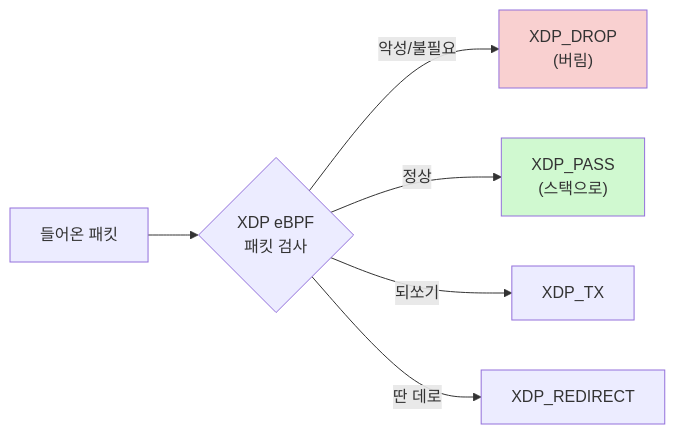
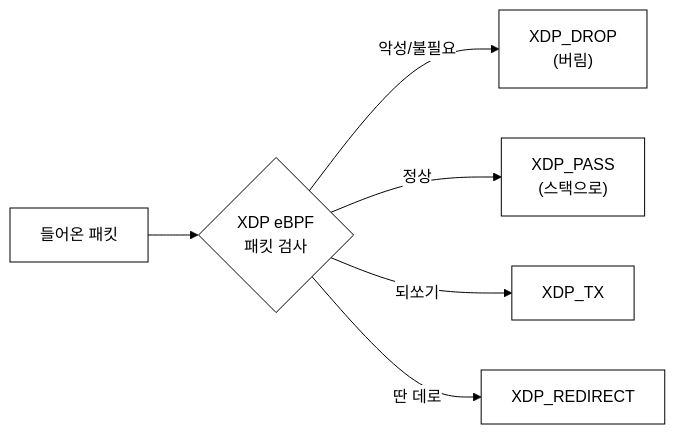
One commit to iamywl/ebpf-lab changed the second of 6 diagrams in docs/lecture/12주차_eBPF_네트워킹_XDP_tc_Cilium.md. Above: the diagram before and after it, drawn with Mermaid. The commit also changed other lines of this file and 33 other files, not shown here.

First line of the commit message:
강의자료: 다이어그램 흑백(논문 스타일) 통일 + 실제 실행 스크린샷 삽입

````diff
--- a/docs/lecture/12주차_eBPF_네트워킹_XDP_tc_Cilium.md
+++ b/docs/lecture/12주차_eBPF_네트워킹_XDP_tc_Cilium.md
@@ -54,10 +55,11 @@
 ```mermaid
+%%{init: {"theme":"base","themeVariables":{"background":"#ffffff","primaryColor":"#ffffff","primaryBorderColor":"#000000","primaryTextColor":"#000000","secondaryColor":"#ffffff","secondaryBorderColor":"#000000","secondaryTextColor":"#000000","tertiaryColor":"#ffffff","tertiaryBorderColor":"#000000","tertiaryTextColor":"#000000","lineColor":"#000000","textColor":"#000000","mainBkg":"#ffffff","secondBkg":"#ffffff","clusterBkg":"#ffffff","clusterBorder":"#000000","edgeLabelBackground":"#ffffff","nodeBorder":"#000000","defaultLinkColor":"#000000","titleColor":"#000000","actorBkg":"#ffffff","actorBorder":"#000000","actorTextColor":"#000000","actorLineColor":"#000000","signalColor":"#000000","signalTextColor":"#000000","labelBoxBkgColor":"#ffffff","labelBoxBorderColor":"#000000","labelTextColor":"#000000","loopTextColor":"#000000","noteBkgColor":"#ffffff","noteBorderColor":"#000000","noteTextColor":"#000000","activationBkgColor":"#ffffff","activationBorderColor":"#000000","sequenceNumberColor":"#000000","cScale0":"#ffffff","cScale1":"#ffffff","cScale2":"#ffffff","cScale3":"#ffffff","cScale4":"#ffffff","cScale5":"#ffffff","cScale6":"#ffffff","cScale7":"#ffffff","cScale8":"#ffffff","cScale9":"#ffffff","cScale10":"#ffffff","cScale11":"#ffffff","cScaleLabel0":"#000000","cScaleLabel1":"#000000","cScaleLabel2":"#000000","cScaleLabel3":"#000000","cScaleLabel4":"#000000","cScaleLabel5":"#000000","cScaleLabel6":"#000000","cScaleLabel7":"#000000","cScaleLabel8":"#000000","cScaleLabel9":"#000000","cScaleLabel10":"#000000","cScaleLabel11":"#000000","pie1":"#ffffff","pie2":"#eeeeee","pie3":"#dddddd","pie4":"#cccccc","fontFamily":"Georgia, serif"}}}%%
 flowchart LR
     P["들어온 패킷"] --> X{"XDP eBPF\n패킷 검사"}
     X -->|악성/불필요| D["XDP_DROP\n(버림)"]
     X -->|정상| PASS["XDP_PASS\n(스택으로)"]
     X -->|되쏘기| TX["XDP_TX"]
     X -->|딴 데로| R["XDP_REDIRECT"]
-    style D fill:#f9d0d0
-    style PASS fill:#d0f9d0
+    style D fill:#ffffff
+    style PASS fill:#ffffff
 ```
````
